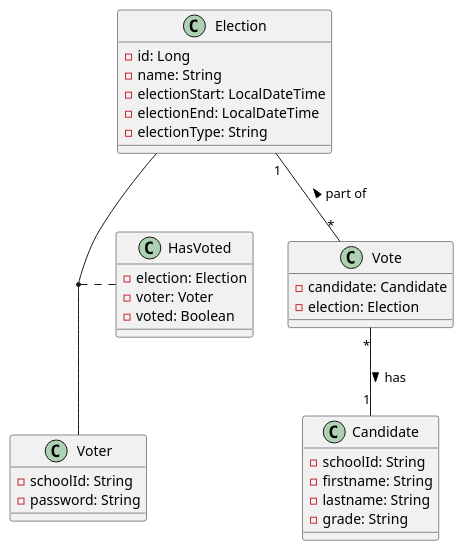
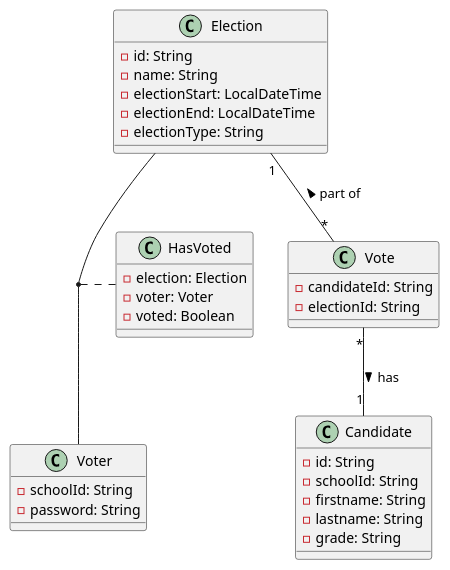
Before and after one commit to 2324-4bhif-syp/2324-4bhif-syp-project-leovote: the diagram in asciidocs/plantuml/cld.puml, drawn with PlantUML. The commit also changed 1 other file, not shown here.

Commit message:
-fix: overworked cld. Made id's for Election and Candidate.

```diff
--- a/asciidocs/plantuml/cld.puml
+++ b/asciidocs/plantuml/cld.puml
@@ -1,38 +1,39 @@
 @startuml
 
 class Election {
-    - id: Long
+    - id: String
     - name: String
     - electionStart: LocalDateTime
     - electionEnd: LocalDateTime
     - electionType: String
 }
 
 class HasVoted {
     - election: Election
     - voter: Voter
     - voted: Boolean
 }
 
 class Vote {
-    - candidate: Candidate
-    - election: Election
+    - candidateId: String
+    - electionId: String
 }
 
 class Voter {
     - schoolId: String
     - password: String
 }
 
 class Candidate {
+   - id: String
    - schoolId: String
    - firstname: String
    - lastname: String
    - grade: String
 }
 
 Vote   "*"--"1" Candidate  : > has
 (Election, Voter) .. HasVoted
 Election "1"--"*" Vote : < part of
 
 @enduml
```
